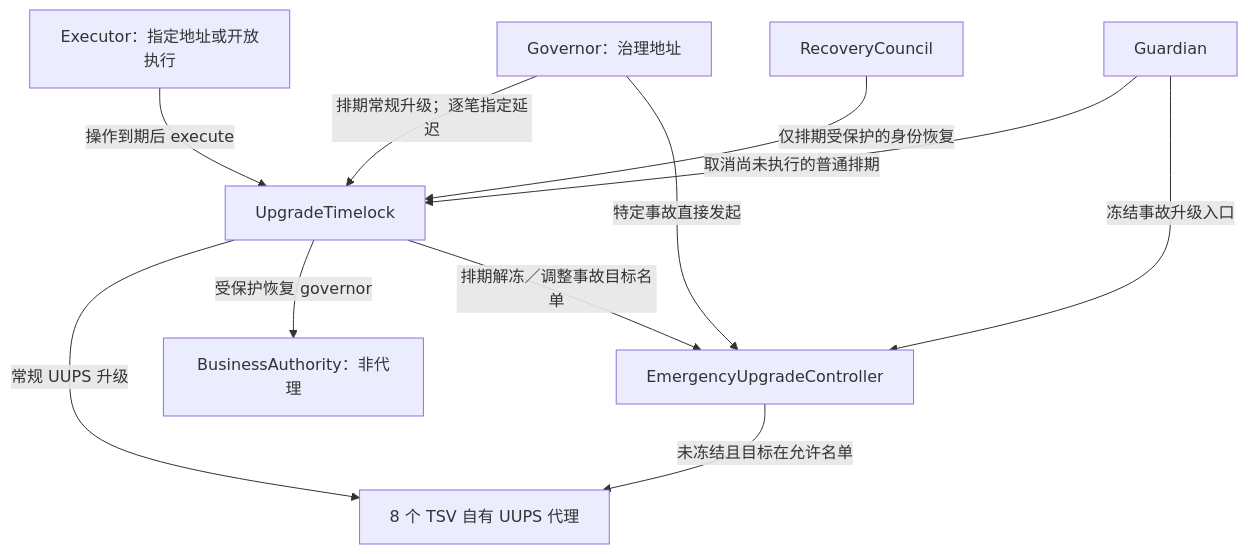
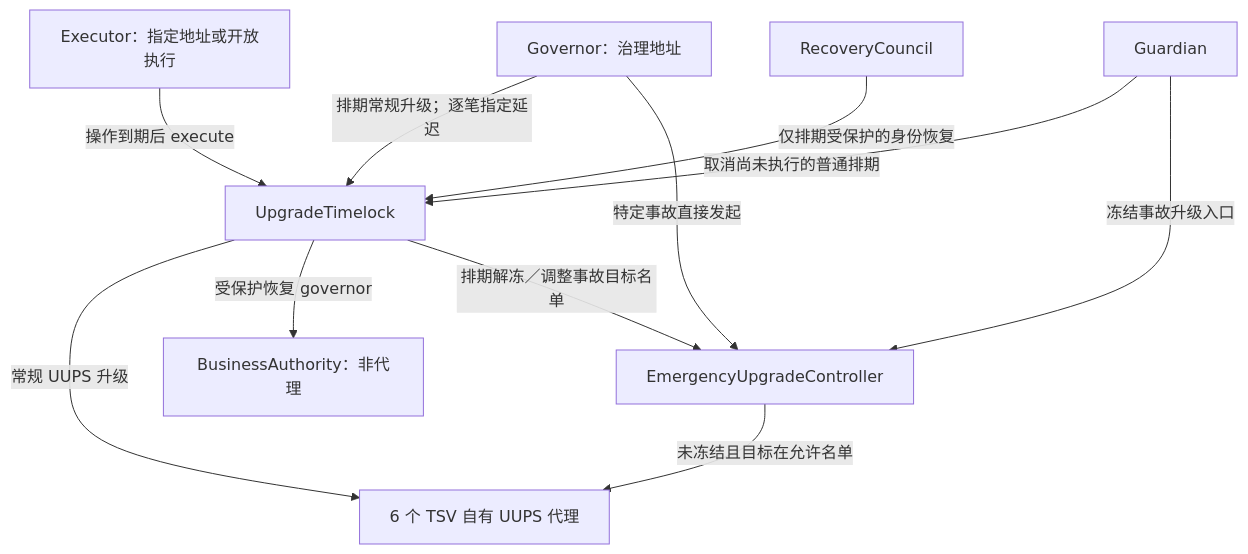
The fourth of 4 diagrams in docs/CONTRACT_ARCHITECTURE.md (okx/tsv), drawn with Mermaid before and after one commit. The commit also changed other lines of this file and 47 other files, not shown here.

````diff
--- a/docs/CONTRACT_ARCHITECTURE.md
+++ b/docs/CONTRACT_ARCHITECTURE.md
@@ -160,13 +160,13 @@
 ```mermaid
 flowchart TB
   GOV["Governor：治理地址"] -->|排期常规升级；逐笔指定延迟| TL["UpgradeTimelock"]
   EX["Executor：指定地址或开放执行"] -->|操作到期后 execute| TL
   GOV -->|特定事故直接发起| EU["EmergencyUpgradeController"]
   GU["Guardian"] -->|取消尚未执行的普通排期| TL
   GU -->|冻结事故升级入口| EU
   CO["RecoveryCouncil"] -->|仅排期受保护的身份恢复| TL
-  TL -->|常规 UUPS 升级| PX["8 个 TSV 自有 UUPS 代理"]
+  TL -->|常规 UUPS 升级| PX["6 个 TSV 自有 UUPS 代理"]
   EU -->|未冻结且目标在允许名单| PX
   TL -->|受保护恢复 governor| BA["BusinessAuthority：非代理"]
   TL -->|排期解冻／调整事故目标名单| EU
 ```
````
